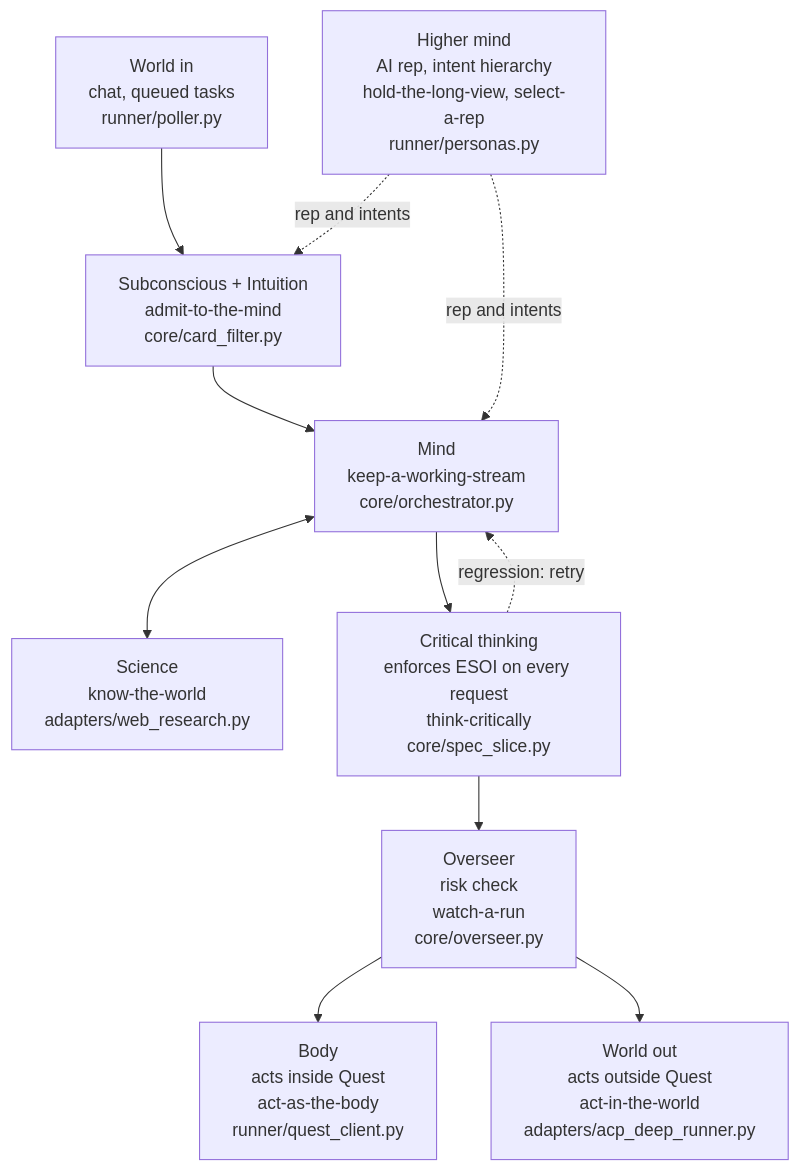
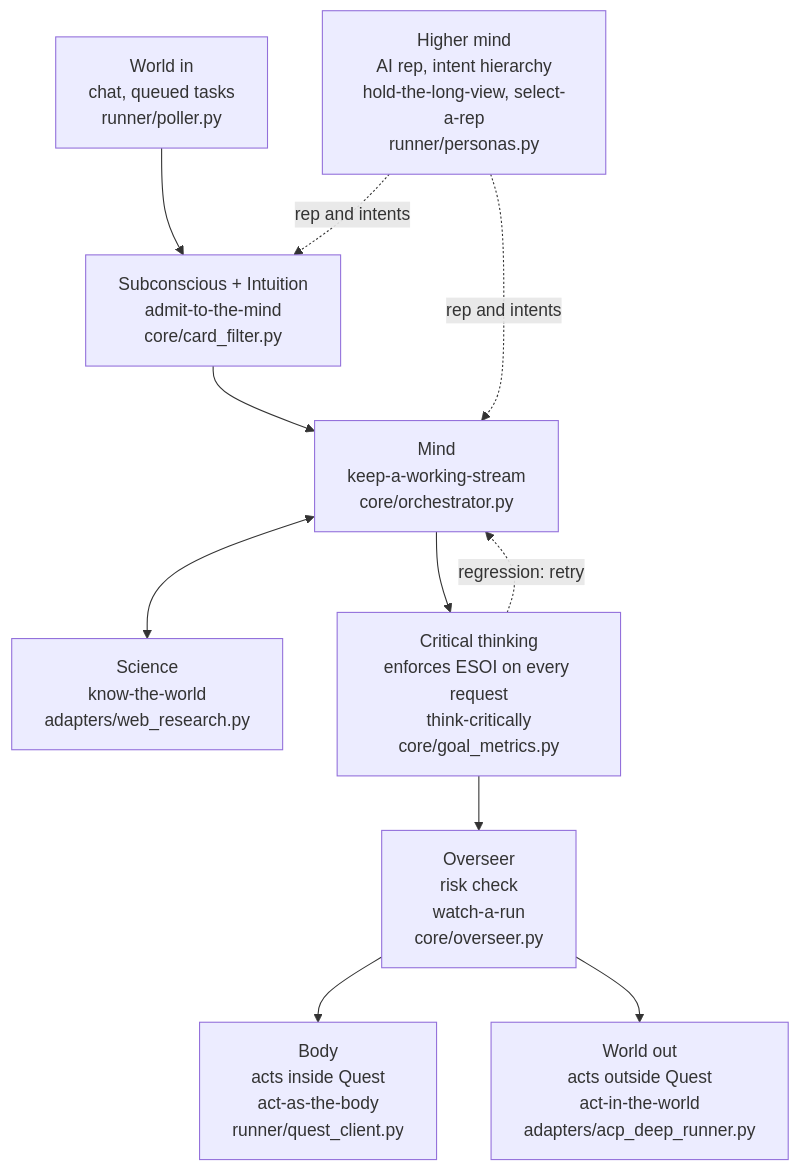
Before and after one commit to SpiritualData/quest-ai-runner: the first of 2 diagrams in docs/anatomy.md, drawn with Mermaid. The commit also changed other lines of this file and 28 other files, not shown here.

First line of the commit message:
Run the deep goal's metric record on the esoi library's spec_slice, metric_meter, metric_results and iteration

````diff
--- a/docs/anatomy.md
+++ b/docs/anatomy.md
@@ -10,19 +10,19 @@
 ```mermaid
 flowchart TB
   HM["Higher mind<br/>AI rep, intent hierarchy<br/>hold-the-long-view, select-a-rep<br/>runner/personas.py"]
   WI["World in<br/>chat, queued tasks<br/>runner/poller.py"]
   SUB["Subconscious + Intuition<br/>admit-to-the-mind<br/>core/card_filter.py"]
   MIND["Mind<br/>keep-a-working-stream<br/>core/orchestrator.py"]
   SCI["Science<br/>know-the-world<br/>adapters/web_research.py"]
-  CT["Critical thinking<br/>enforces ESOI on every request<br/>think-critically<br/>core/spec_slice.py"]
+  CT["Critical thinking<br/>enforces ESOI on every request<br/>think-critically<br/>core/goal_metrics.py"]
   OV["Overseer<br/>risk check<br/>watch-a-run<br/>core/overseer.py"]
   BODY["Body<br/>acts inside Quest<br/>act-as-the-body<br/>runner/quest_client.py"]
   WO["World out<br/>acts outside Quest<br/>act-in-the-world<br/>adapters/acp_deep_runner.py"]
   WI --> SUB --> MIND --> CT --> OV
   OV --> BODY
   OV --> WO
   MIND <--> SCI
   CT -. "regression: retry" .-> MIND
   HM -. "rep and intents" .-> SUB
   HM -. "rep and intents" .-> MIND
 ```
````
